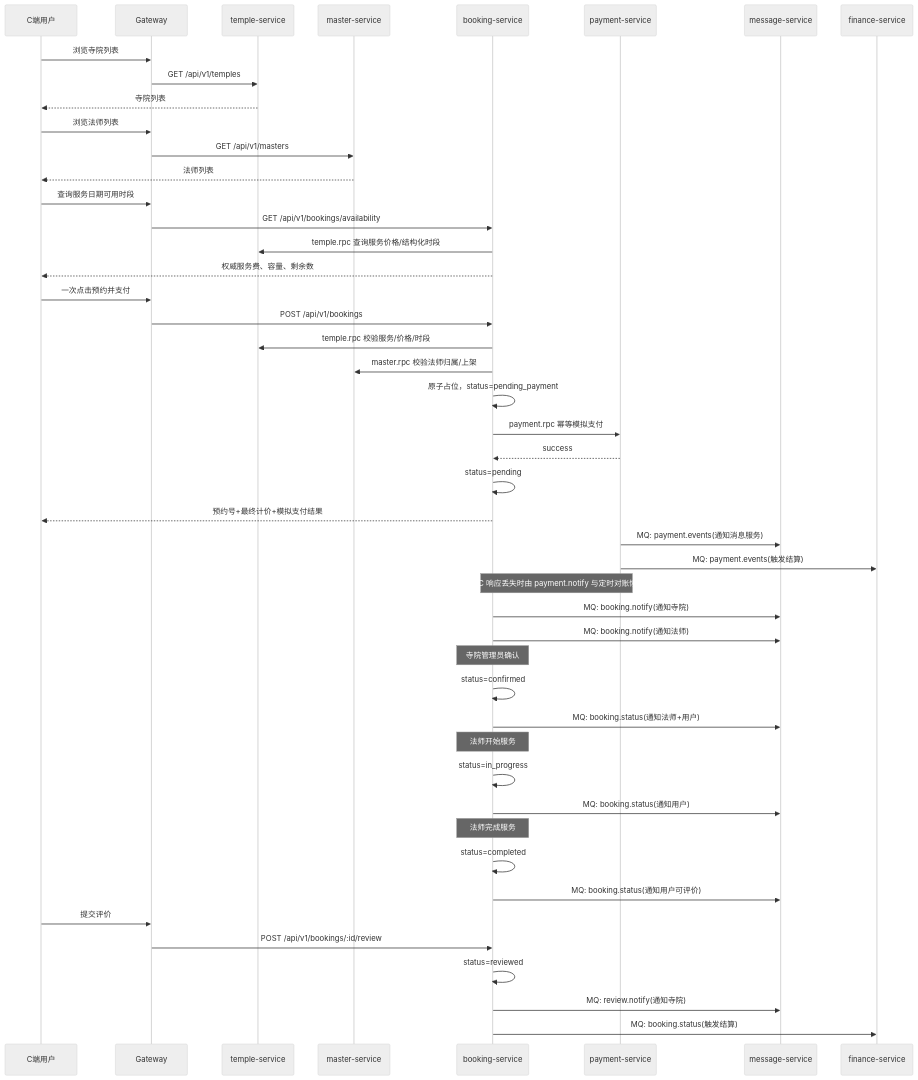
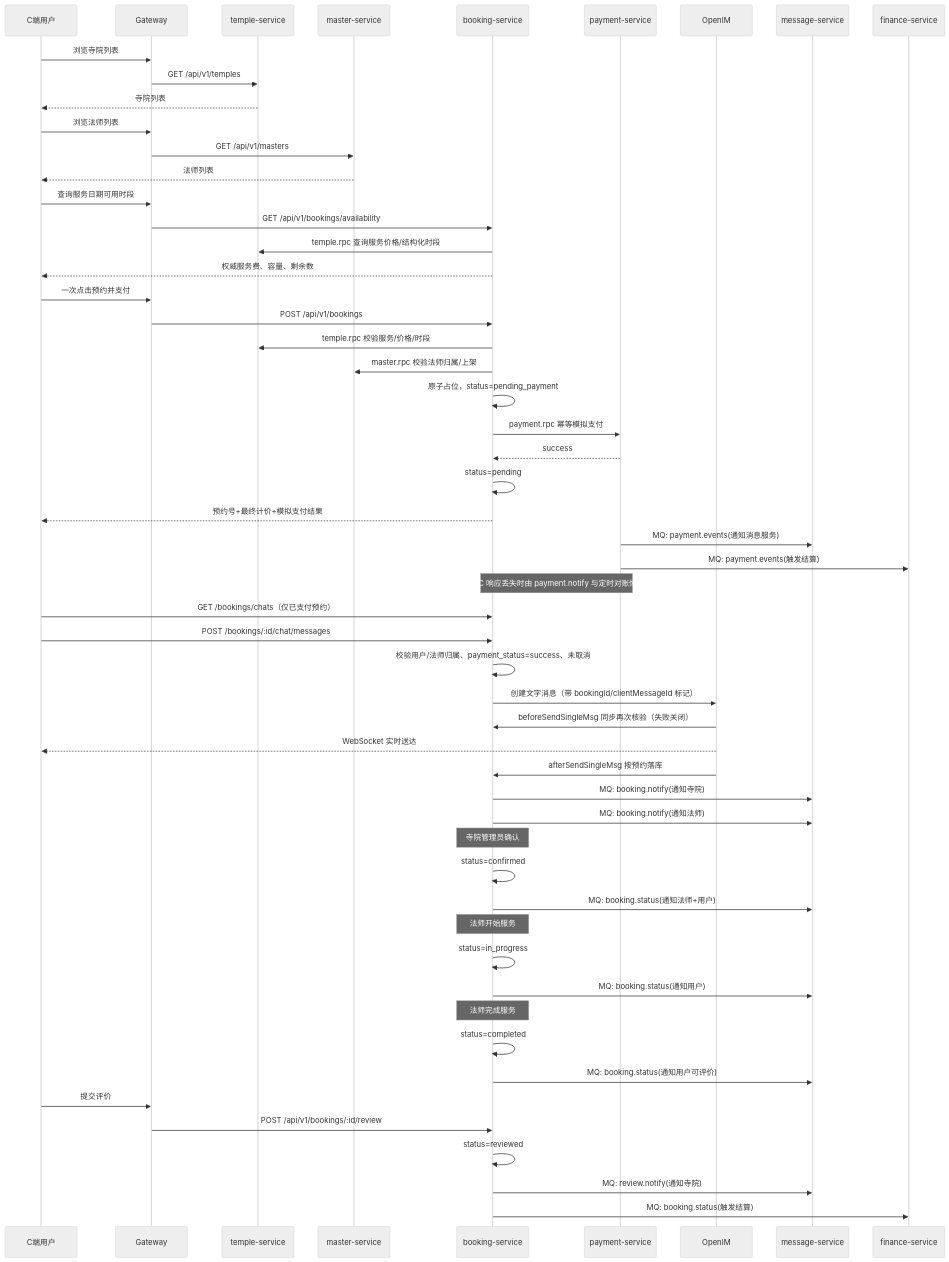
The second of 13 diagrams in docs/architecture/业务流程.md (askxuan-dongfang/askxuan-docs), drawn with Mermaid (neutral theme) before and after one commit. The commit also changed other lines of this file and 10 other files, not shown here.

````diff
--- a/docs/architecture/业务流程.md
+++ b/docs/architecture/业务流程.md
@@ -53,58 +53,67 @@
 ```mermaid
 sequenceDiagram
     participant U as C端用户
     participant GW as Gateway
     participant T as temple-service
     participant M as master-service
     participant B as booking-service
     participant P as payment-service
+    participant IM as OpenIM
     participant MSG as message-service
     participant F as finance-service
 
     U->>GW: 浏览寺院列表
     GW->>T: GET /api/v1/temples
     T-->>U: 寺院列表
 
     U->>GW: 浏览法师列表
     GW->>M: GET /api/v1/masters
     M-->>U: 法师列表
 
 	U->>GW: 查询服务日期可用时段
 	GW->>B: GET /api/v1/bookings/availability
 	B->>T: temple.rpc 查询服务价格/结构化时段
 	B-->>U: 权威服务费、容量、剩余数
 
 	U->>GW: 一次点击预约并支付
     GW->>B: POST /api/v1/bookings
 	B->>T: temple.rpc 校验服务/价格/时段
 	B->>M: master.rpc 校验法师归属/上架
 	B->>B: 原子占位，status=pending_payment
 	B->>P: payment.rpc 幂等模拟支付
 	P-->>B: success
 	B->>B: status=pending
 	B-->>U: 预约号+最终计价+模拟支付结果
     P->>MSG: MQ: payment.events(通知消息服务)
     P->>F: MQ: payment.events(触发结算)
 	Note over B,P: RPC 响应丢失时由 payment.notify 与定时对账恢复
 
+	U->>B: GET /bookings/chats（仅已支付预约）
+	U->>B: POST /bookings/:id/chat/messages
+	B->>B: 校验用户/法师归属、payment_status=success、未取消
+	B->>IM: 创建文字消息（带 bookingId/clientMessageId 标记）
+	IM->>B: beforeSendSingleMsg 同步再次核验（失败关闭）
+	IM-->>U: WebSocket 实时送达
+	IM->>B: afterSendSingleMsg 按预约落库
+
     B->>MSG: MQ: booking.notify(通知寺院)
     B->>MSG: MQ: booking.notify(通知法师)
 
     Note over B: 寺院管理员确认
     B->>B: status=confirmed
     B->>MSG: MQ: booking.status(通知法师+用户)
 
     Note over B: 法师开始服务
     B->>B: status=in_progress
     B->>MSG: MQ: booking.status(通知用户)
 
     Note over B: 法师完成服务
     B->>B: status=completed
     B->>MSG: MQ: booking.status(通知用户可评价)
 
     U->>GW: 提交评价
     GW->>B: POST /api/v1/bookings/:id/review
     B->>B: status=reviewed
     B->>MSG: MQ: review.notify(通知寺院)
     B->>F: MQ: booking.status(触发结算)
 ```
````
